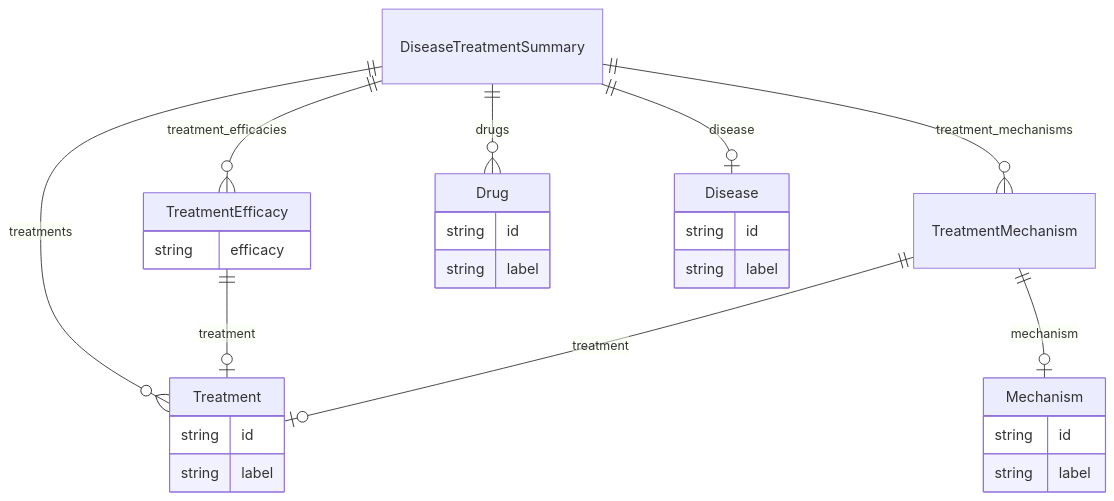
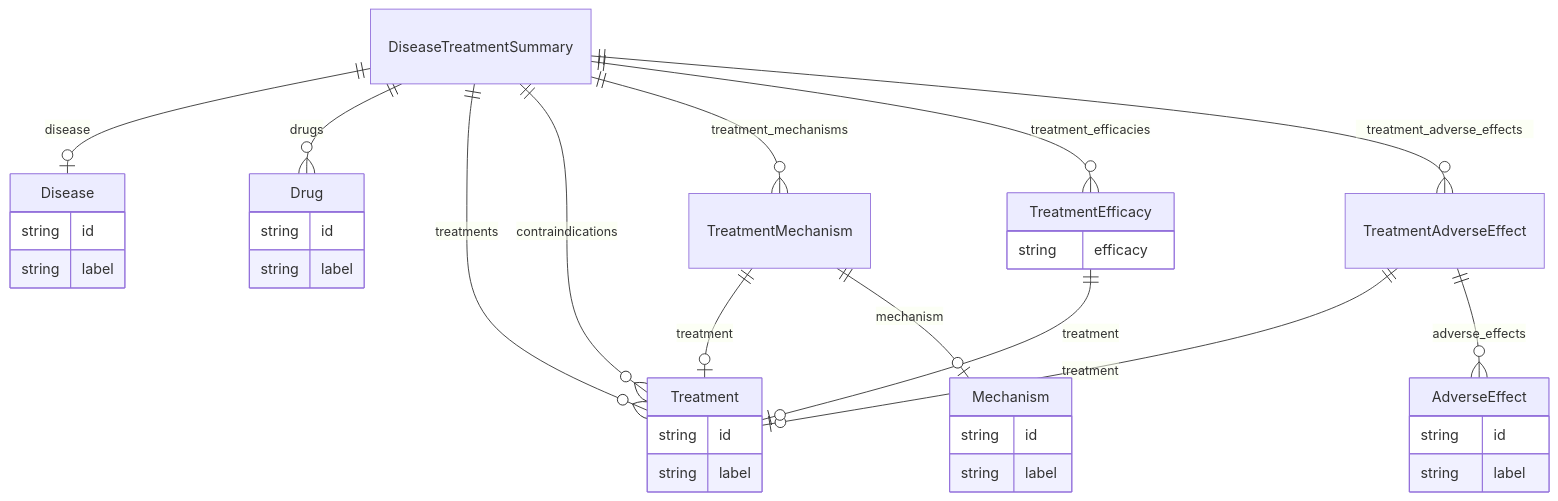
Before and after one commit to monarch-initiative/ontogpt: the diagram in docs/treatment/DiseaseTreatmentSummary.md, drawn with Mermaid. The commit also changed other lines of this file and 2560 other files, not shown here.

````diff
--- a/docs/treatment/DiseaseTreatmentSummary.md
+++ b/docs/treatment/DiseaseTreatmentSummary.md
@@ -8,38 +8,49 @@
 ```mermaid
 erDiagram
 DiseaseTreatmentSummary {
 
 }
-TreatmentEfficacy {
-    string efficacy  
+TreatmentAdverseEffect {
+
+}
+AdverseEffect {
+    string id  
+    string label  
 }
 Treatment {
     string id  
     string label  
+}
+TreatmentEfficacy {
+    string efficacy  
 }
 TreatmentMechanism {
 
 }
 Mechanism {
     string id  
     string label  
 }
 Drug {
     string id  
     string label  
 }
 Disease {
     string id  
     string label  
 }
 
 DiseaseTreatmentSummary ||--|o Disease : "disease"
 DiseaseTreatmentSummary ||--}o Drug : "drugs"
 DiseaseTreatmentSummary ||--}o Treatment : "treatments"
+DiseaseTreatmentSummary ||--}o Treatment : "contraindications"
 DiseaseTreatmentSummary ||--}o TreatmentMechanism : "treatment_mechanisms"
 DiseaseTreatmentSummary ||--}o TreatmentEfficacy : "treatment_efficacies"
+DiseaseTreatmentSummary ||--}o TreatmentAdverseEffect : "treatment_adverse_effects"
+TreatmentAdverseEffect ||--|o Treatment : "treatment"
+TreatmentAdverseEffect ||--}o AdverseEffect : "adverse_effects"
 TreatmentEfficacy ||--|o Treatment : "treatment"
 TreatmentMechanism ||--|o Treatment : "treatment"
 TreatmentMechanism ||--|o Mechanism : "mechanism"
 
 ```
````
